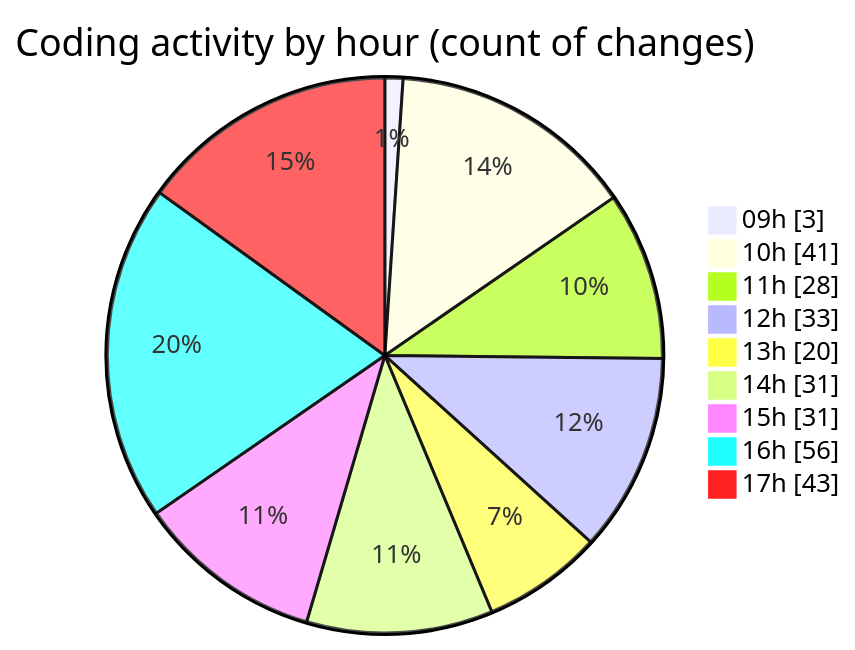
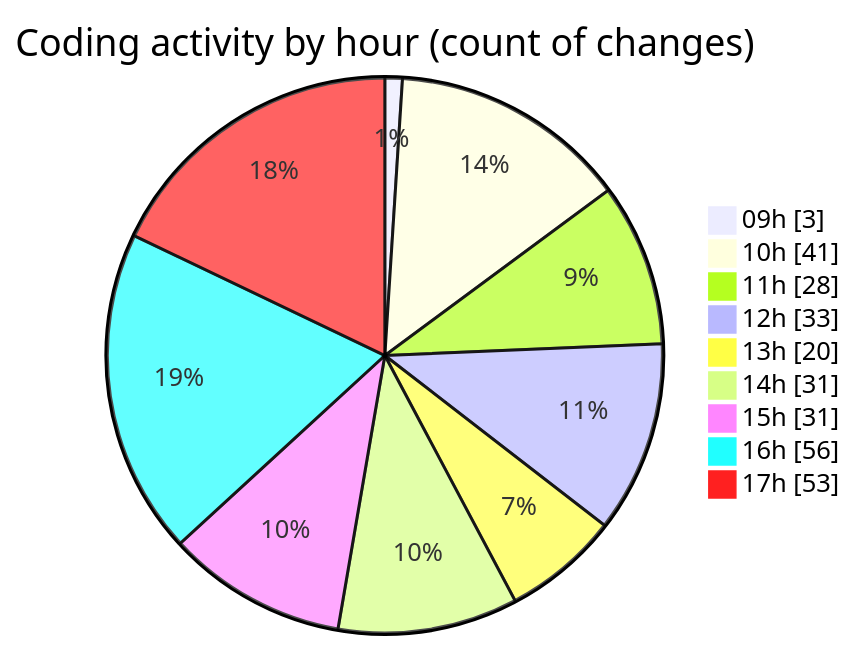
One commit to CELIANVF/code-tracking changed the second of 2 diagrams in 2025-05-19/ecodeli-1/README.md. Above: the diagram before and after it, drawn with Mermaid. The commit also changed other lines of this file and 1 other file, not shown here.

````diff
--- a/2025-05-19/ecodeli-1/README.md
+++ b/2025-05-19/ecodeli-1/README.md
@@ -108,13 +108,13 @@
 ```mermaid
 pie showData
 title Coding activity by hour (count of changes)
 "09h" : 3
 "10h" : 41
 "11h" : 28
 "12h" : 33
 "13h" : 20
 "14h" : 31
 "15h" : 31
 "16h" : 56
-"17h" : 43
+"17h" : 53
 ```
````
